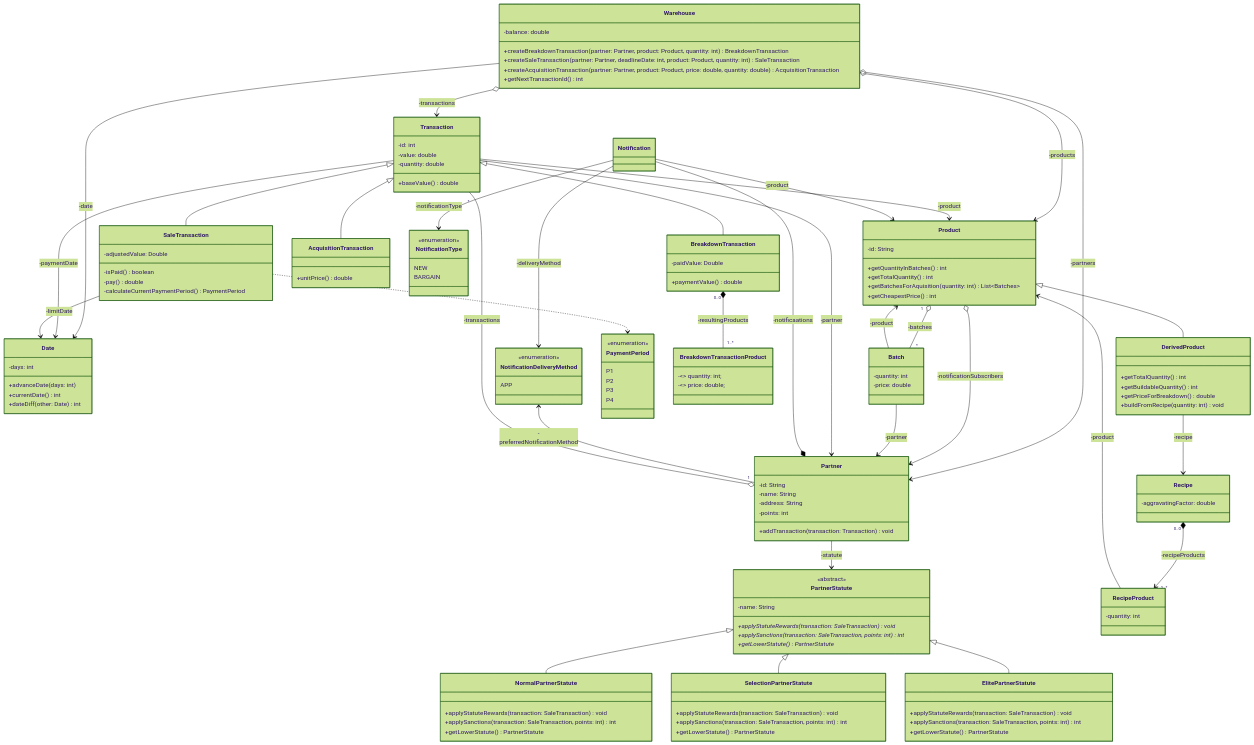
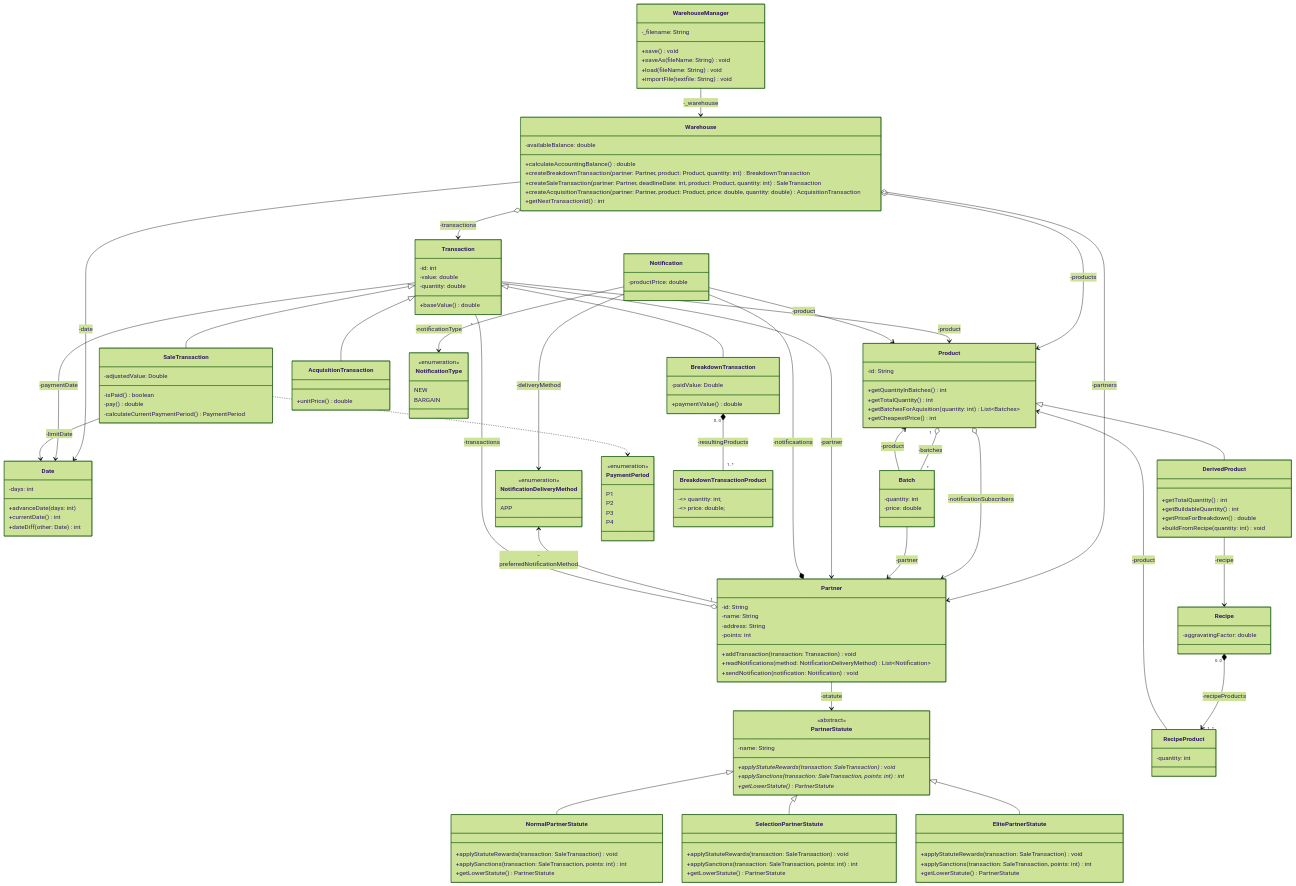
One commit to ist199211-ist199311/warehouse-manager-po changed the diagram in uml/ggc-core.mmd. Above: the diagram before and after it, drawn with Mermaid (forest theme).

Commit message:
Add WarehouseManager, more balances, and improvements to notifications on core UML

```diff
--- a/uml/ggc-core.mmd
+++ b/uml/ggc-core.mmd
@@ -1,174 +1,188 @@
 classDiagram
+    class WarehouseManager {
+        -_filename: String
+        +save() void
+        +saveAs(fileName: String) void
+        +load(fileName: String) void
+        +importFile(textfile: String) void
+    }
+
     class Warehouse {
-        -balance: double
+        -availableBalance: double
 
+        +calculateAccountingBalance() double
         +createBreakdownTransaction(partner: Partner, product: Product, quantity: int) BreakdownTransaction
         +createSaleTransaction(partner: Partner, deadlineDate: int, product: Product, quantity: int) SaleTransaction
         +createAcquisitionTransaction(partner: Partner, product: Product, price: double, quantity: double) AcquisitionTransaction
         +getNextTransactionId() int
     }
 
     class Date {
         -days: int
 
         +advanceDate(days: int)
         +currentDate() int
         +dateDiff(other: Date) int
     }
 
     class Product {
         -id: String
         +getQuantityInBatches() int
         +getTotalQuantity() int
         +getBatchesForAquisition(quantity: int) List~Batches~
         +getCheapestPrice() int
     }
 
     class DerivedProduct {
         +getTotalQuantity() int
         +getBuildableQuantity() int
         +getPriceForBreakdown() double
         +buildFromRecipe(quantity: int) void
     }
 
     class Batch {
         -quantity: int
         -price: double
     }
 
     class Partner {
         -id: String
         -name: String
         -address: String
         -points: int
 
         +addTransaction(transaction: Transaction) void
+        +readNotifications(method: NotificationDeliveryMethod) List~Notification~
+        +sendNotification(notification: Notification) void
     }
 
     class PartnerStatute {
         <<abstract>>
         -name: String
         +applyStatuteRewards(transaction: SaleTransaction)* void
         +applySanctions(transaction: SaleTransaction, points: int)* int
         +getLowerStatute()* PartnerStatute
     }
 
     class NormalPartnerStatute {
         +applyStatuteRewards(transaction: SaleTransaction) void
         +applySanctions(transaction: SaleTransaction, points: int) int
         +getLowerStatute() PartnerStatute
     }
 
     class SelectionPartnerStatute {
         +applyStatuteRewards(transaction: SaleTransaction) void
         +applySanctions(transaction: SaleTransaction, points: int) int
         +getLowerStatute() PartnerStatute
     }
 
     class ElitePartnerStatute {
         +applyStatuteRewards(transaction: SaleTransaction) void
         +applySanctions(transaction: SaleTransaction, points: int) int
         +getLowerStatute() PartnerStatute
     }
 
     class Recipe {
         -aggravatingFactor: double
     }
 
     class RecipeProduct {
         -quantity: int
     }
 
     class Transaction {
         -id: int
         -value: double
         -quantity: double
         +baseValue() double
     }
 
     class BreakdownTransaction {
         -paidValue: Double
         +paymentValue() double
     }
 
     class SaleTransaction {
         -adjustedValue: Double
         -isPaid() boolean
         -pay() double
         -calculateCurrentPaymentPeriod() PaymentPeriod
     }
 
     class PaymentPeriod {
         <<enumeration>>
         P1
         P2
         P3
         P4
     }
 
     class AcquisitionTransaction {
         +unitPrice() double
     }
 
     class BreakdownTransactionProduct {
         -<<final>> quantity: int;
         -<<final>> price: double;
     }
 
     class NotificationType {
         <<enumeration>>
         NEW
         BARGAIN
     }
 
     class NotificationDeliveryMethod {
         <<enumeration>>
         APP
     }
 
     class Notification {
+      -productPrice: double
     }
+
+    WarehouseManager --> Warehouse: -_warehouse
 
     Warehouse o--> Transaction: -transactions
     Warehouse o--> Partner: -partners
     Warehouse o--> Product: -products
     Warehouse --> Date: -date
 
     Product <|-- DerivedProduct
     Product o--> Partner: -notificationSubscribers
 
     Recipe "0..0" *--> "1..*" RecipeProduct: -recipeProducts
     DerivedProduct --> Recipe: -recipe
     RecipeProduct --> Product: -product
 
     Transaction <|-- BreakdownTransaction
     Transaction <|-- SaleTransaction
     Transaction <|-- AcquisitionTransaction
 
     Transaction --> Product: -product
     Transaction --> Date: -paymentDate
 
     SaleTransaction --> Date: -limitDate
     SaleTransaction ..> PaymentPeriod
 
     BreakdownTransaction "0..0" *-- "1..*" BreakdownTransactionProduct: -resultingProducts
 
     Batch --> Partner: -partner
     Transaction --> Partner: -partner
     Batch --> Product: -product
 
     Partner --> PartnerStatute: -statute
     Partner "1" o-- "*" Transaction: -transactions
 
     PartnerStatute <|-- NormalPartnerStatute
     PartnerStatute <|-- SelectionPartnerStatute
     PartnerStatute <|-- ElitePartnerStatute
 
     Product "1" o-- "*" Batch: -batches
 
     Notification --> Product: -product
     Notification --> NotificationDeliveryMethod: -deliveryMethod
     Notification --> NotificationType: -notificationType
     Notification --* Partner: -notificaations
 
     NotificationDeliveryMethod <-- Partner: -preferredNotificationMethod
```
